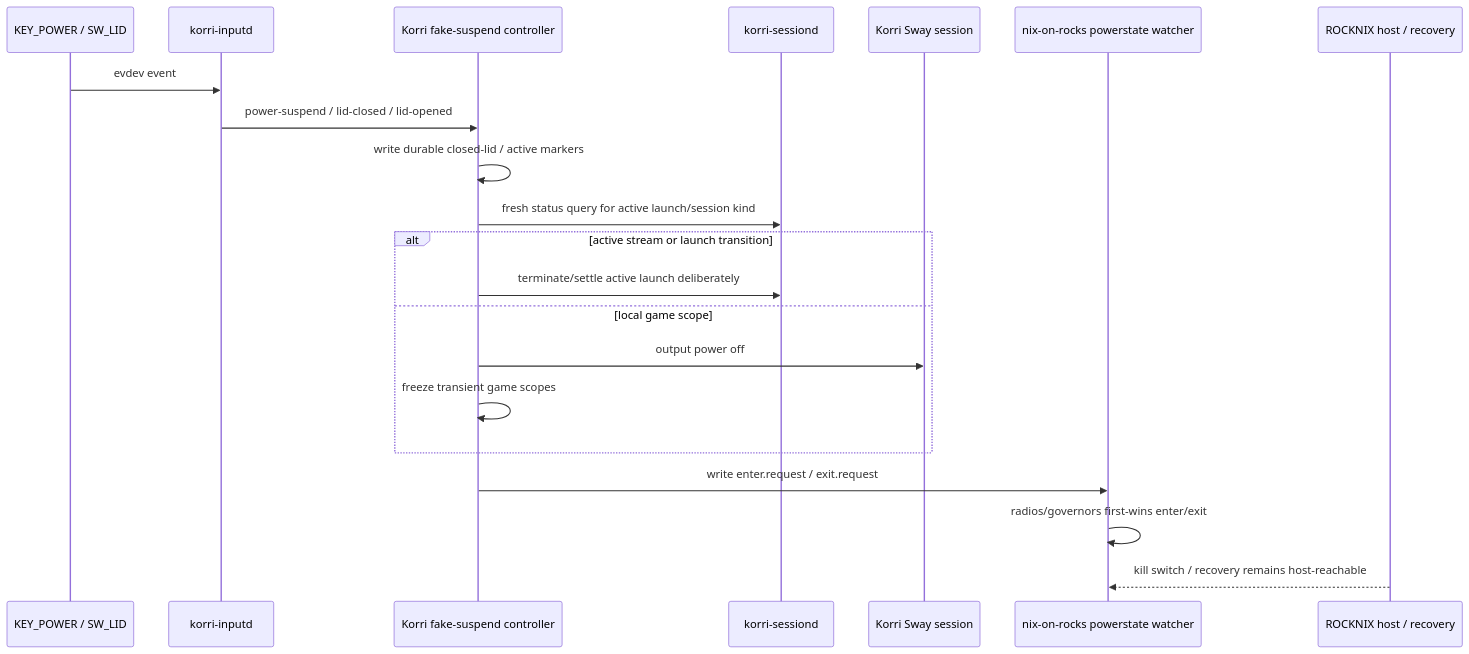
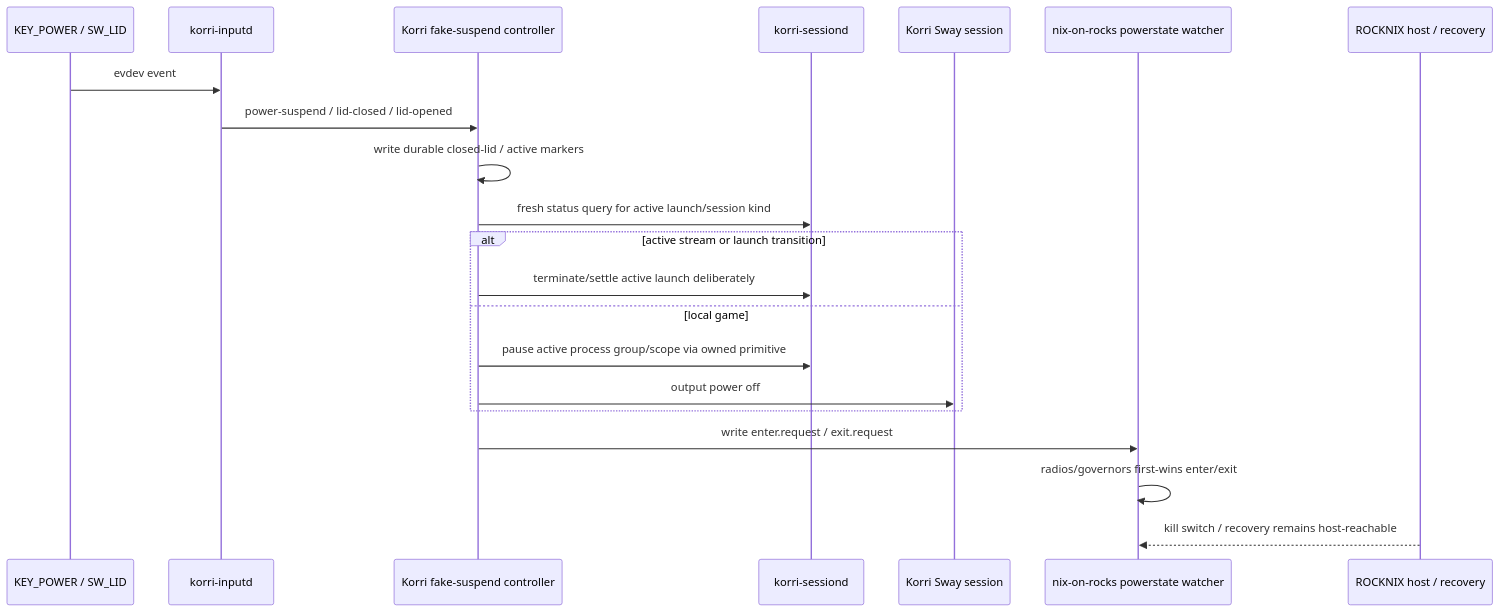
One commit to simonwjackson/korri changed the diagram in work/items/active/01KX0B4ND41F4K3SUSP3ND000-refactor-guest-owned-fake-suspend/plan.md. Above: the diagram before and after it, drawn with Mermaid. The commit also changed other lines of this file, not shown here.

First line of the commit message:
docs(plan): deepen guest-owned fake suspend handoff

````diff
--- a/work/items/active/01KX0B4ND41F4K3SUSP3ND000-refactor-guest-owned-fake-suspend/plan.md
+++ b/work/items/active/01KX0B4ND41F4K3SUSP3ND000-refactor-guest-owned-fake-suspend/plan.md
@@ -116,24 +116,24 @@
 ```mermaid
 sequenceDiagram
   participant Lid as KEY_POWER / SW_LID
   participant Inputd as korri-inputd
   participant Ctrl as Korri fake-suspend controller
   participant Sessiond as korri-sessiond
   participant Sway as Korri Sway session
   participant Sub as nix-on-rocks powerstate watcher
   participant Host as ROCKNIX host / recovery
 
   Lid->>Inputd: evdev event
   Inputd->>Ctrl: power-suspend / lid-closed / lid-opened
   Ctrl->>Ctrl: write durable closed-lid / active markers
   Ctrl->>Sessiond: fresh status query for active launch/session kind
   alt active stream or launch transition
     Ctrl->>Sessiond: terminate/settle active launch deliberately
-  else local game scope
+  else local game
+    Ctrl->>Sessiond: pause active process group/scope via owned primitive
     Ctrl->>Sway: output power off
-    Ctrl->>Ctrl: freeze transient game scopes
   end
   Ctrl->>Sub: write enter.request / exit.request
   Sub->>Sub: radios/governors first-wins enter/exit
   Host-->>Sub: kill switch / recovery remains host-reachable
 ```
````
